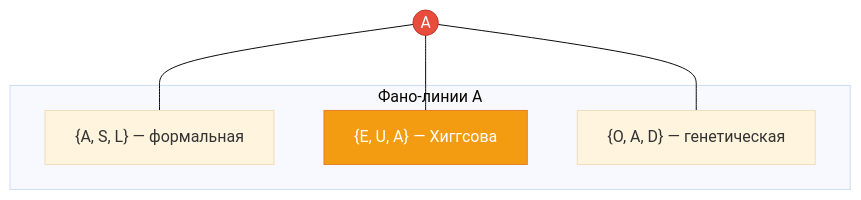
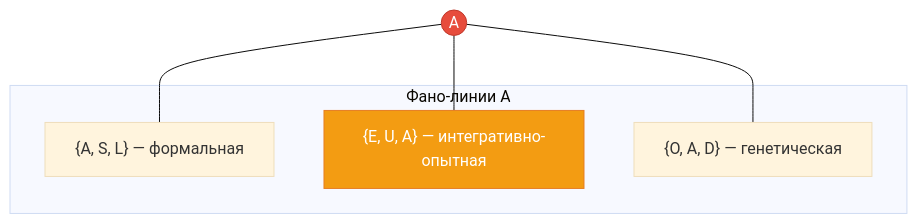
The second of 2 diagrams in website/i18n/ru/docusaurus-plugin-content-docs/current/core/structure/dimension-a.md (gst-st/uhm), drawn with Mermaid (base theme) before and after one commit. The commit also changed other lines of this file and 376 other files, not shown here.

First line of the commit message:
Refactor UHM canon, decontaminate architecture, and verify EN/RU parity

````diff
--- a/website/i18n/ru/docusaurus-plugin-content-docs/current/core/structure/dimension-a.md
+++ b/website/i18n/ru/docusaurus-plugin-content-docs/current/core/structure/dimension-a.md
@@ -344,13 +340,13 @@
 ```mermaid
 graph TD
     subgraph "Фано-линии A"
         ASL["{A, S, L} — формальная"]
-        EUA["{E, U, A} — Хиггсова"]
+        EUA["{E, U, A} — интегративно-опытная"]
         OAD["{O, A, D} — генетическая"]
     end
     A((A)) --- ASL
     A --- EUA
     A --- OAD
     style A fill:#e74c3c,color:#fff,stroke:#c0392b
     style EUA fill:#f39c12,color:#fff,stroke:#e67e22
 ```
````
